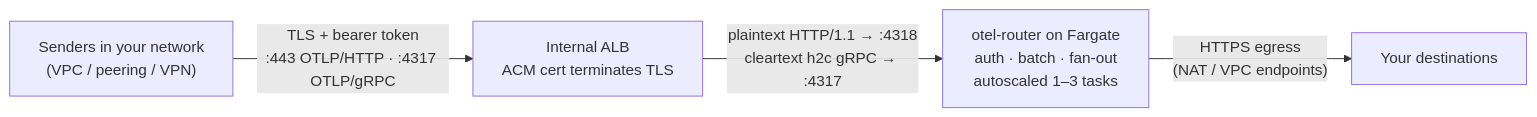
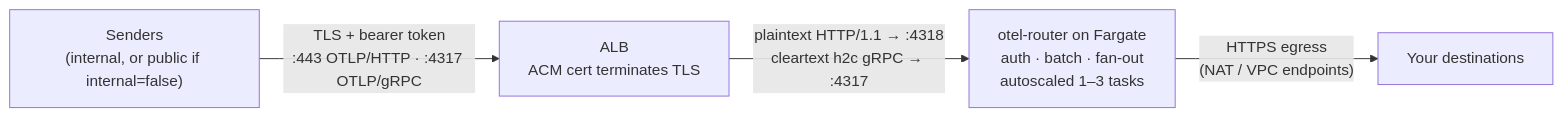
Before and after one commit to edmerrett/otel-router: the diagram in terraform/modules/private-alb/README.md, drawn with Mermaid. The commit also changed other lines of this file and 6 other files, not shown here.

First line of the commit message:
Reframe private-alb docs around TLS termination, not sender location

````diff
--- a/terraform/modules/private-alb/README.md
+++ b/terraform/modules/private-alb/README.md
@@ -16,6 +26,6 @@
 ```mermaid
 flowchart LR
-    S["Senders in your network<br/>(VPC / peering / VPN)"] -- "TLS + bearer token<br/>:443 OTLP/HTTP · :4317 OTLP/gRPC" --> A["Internal ALB<br/>ACM cert terminates TLS"]
+    S["Senders<br/>(internal, or public if internal=false)"] -- "TLS + bearer token<br/>:443 OTLP/HTTP · :4317 OTLP/gRPC" --> A["ALB<br/>ACM cert terminates TLS"]
     A -- "plaintext HTTP/1.1 → :4318<br/>cleartext h2c gRPC → :4317" --> T["otel-router on Fargate<br/>auth · batch · fan-out<br/>autoscaled 1–3 tasks"]
     T -- "HTTPS egress<br/>(NAT / VPC endpoints)" --> D["Your destinations"]
 ```
````
